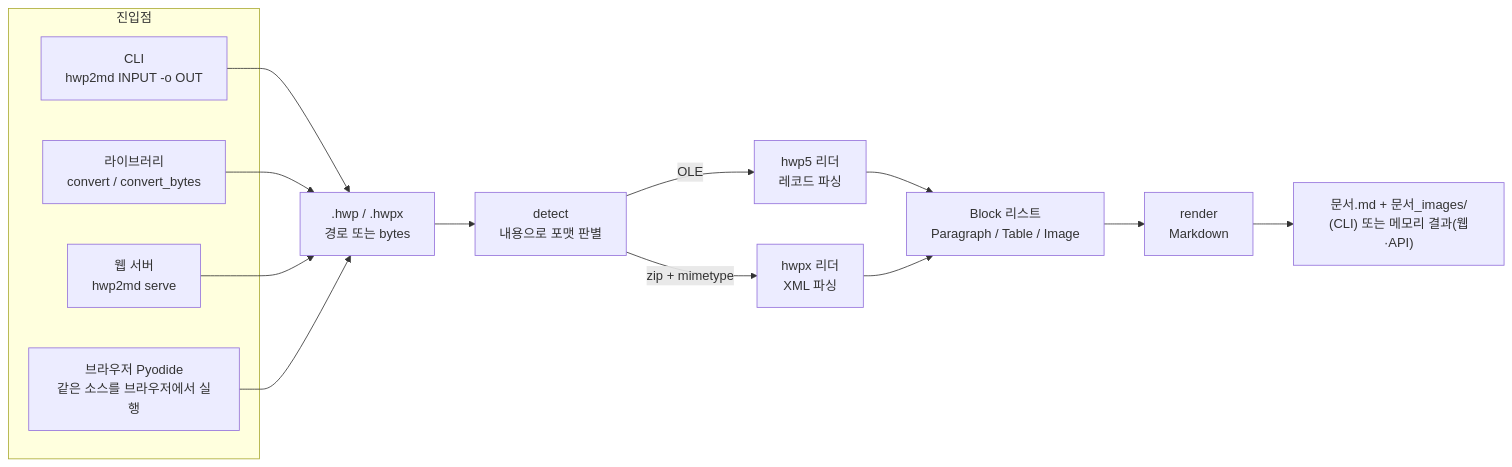
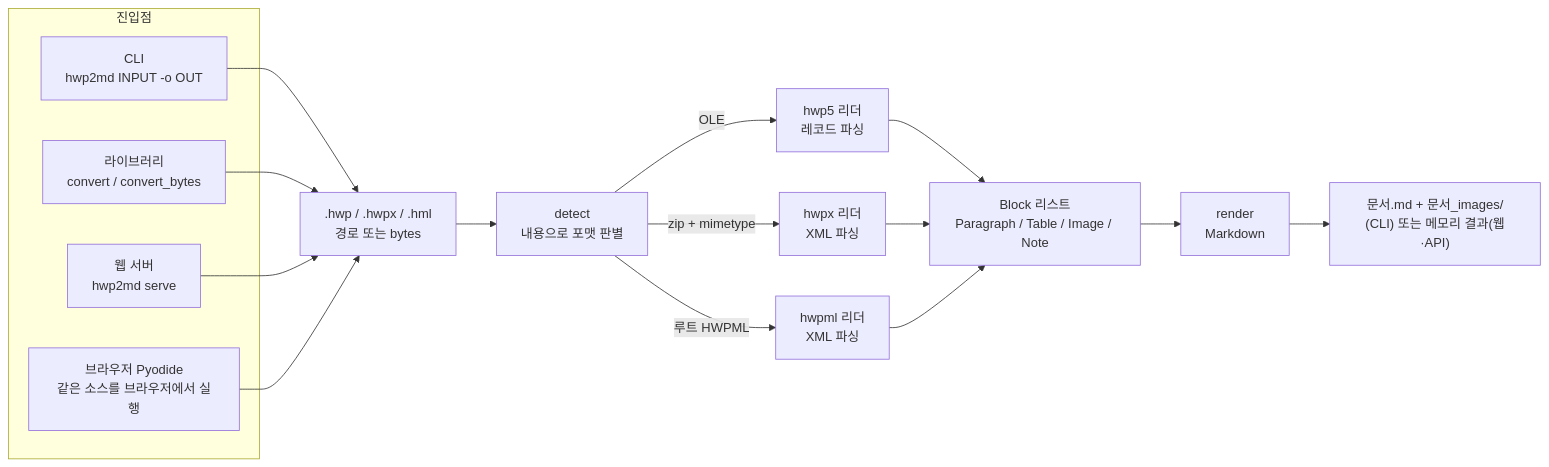
Before and after one commit to ilyos-numon/hwp2md: the diagram in README.md, drawn with Mermaid. The commit also changed other lines of this file and 8 other files, not shown here.

````diff
--- a/README.md
+++ b/README.md
@@ -183,20 +212,22 @@
 ```mermaid
 flowchart LR
   subgraph entry["진입점"]
     CLI["CLI<br>hwp2md INPUT -o OUT"]
     LIB["라이브러리<br>convert / convert_bytes"]
     WEB["웹 서버<br>hwp2md serve"]
     PYO["브라우저 Pyodide<br>같은 소스를 브라우저에서 실행"]
   end
-  IN[".hwp / .hwpx<br>경로 또는 bytes"] --> DET["detect<br>내용으로 포맷 판별"]
+  IN[".hwp / .hwpx / .hml<br>경로 또는 bytes"] --> DET["detect<br>내용으로 포맷 판별"]
   CLI --> IN
   LIB --> IN
   WEB --> IN
   PYO --> IN
   DET -->|"OLE"| H5["hwp5 리더<br>레코드 파싱"]
   DET -->|"zip + mimetype"| HX["hwpx 리더<br>XML 파싱"]
-  H5 --> BL["Block 리스트<br>Paragraph / Table / Image"]
+  DET -->|"루트 HWPML"| HM["hwpml 리더<br>XML 파싱"]
+  H5 --> BL["Block 리스트<br>Paragraph / Table / Image / Note"]
   HX --> BL
+  HM --> BL
   BL --> RD["render<br>Markdown"]
   RD --> OUT["문서.md + 문서_images/<br>(CLI) 또는 메모리 결과(웹·API)"]
 ```
````
